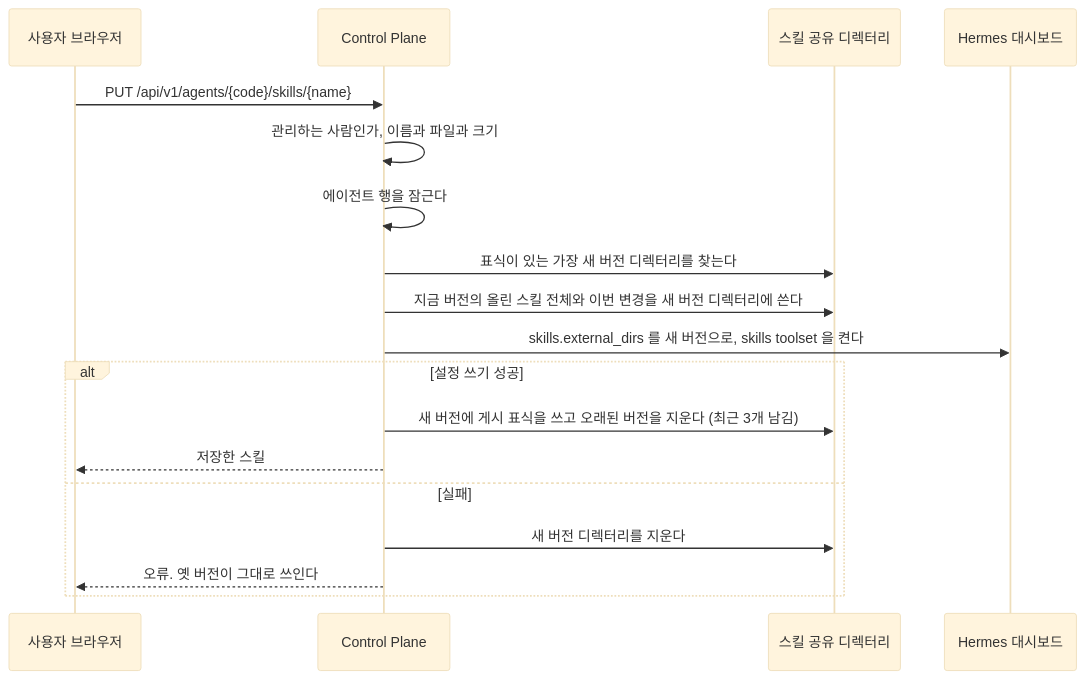
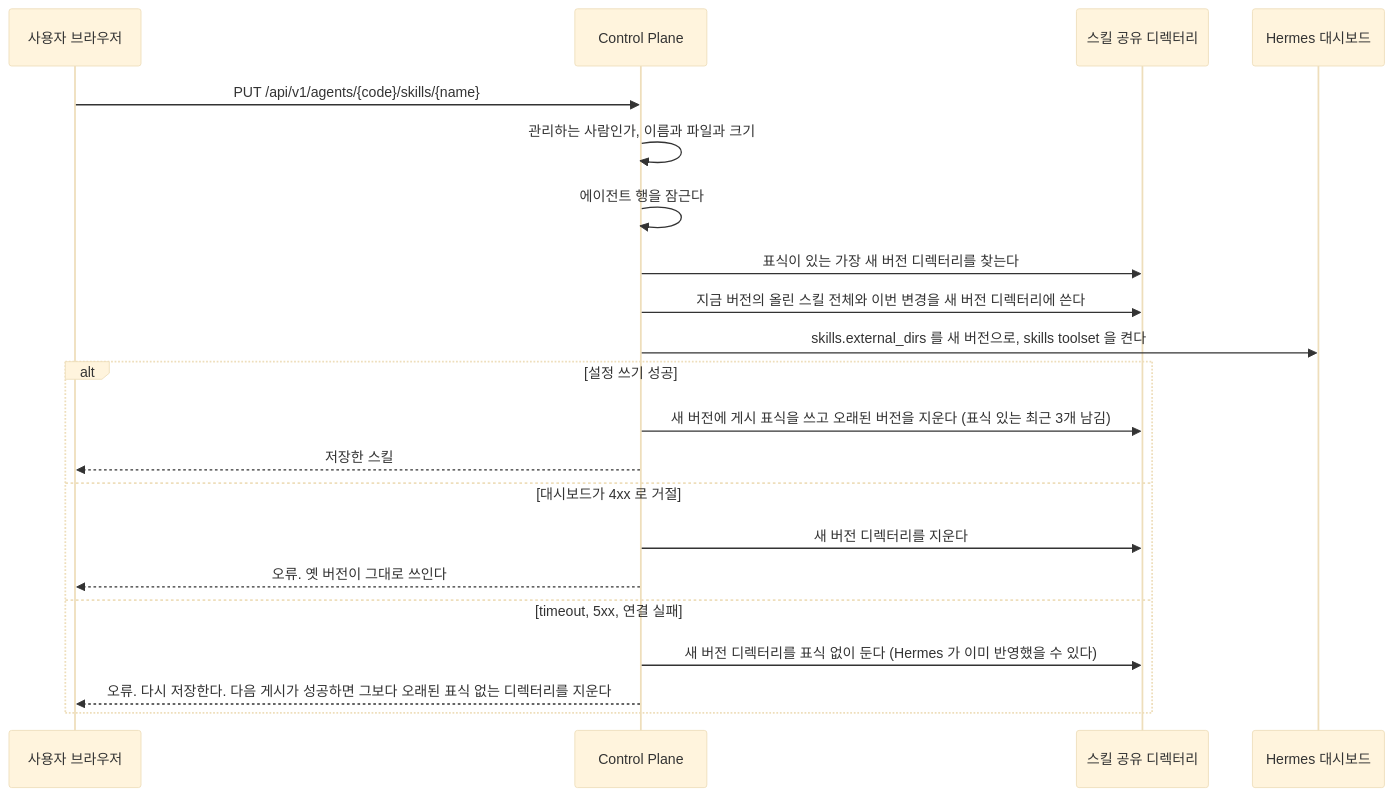
One commit to jon890/fos-assistant changed the ninth of 26 diagrams in docs/flow.md. Above: the diagram before and after it, drawn with Mermaid (base theme). The commit also changed 41 other files, not shown here.

````diff
--- a/docs/flow.md
+++ b/docs/flow.md
@@ -400,21 +400,24 @@
 ```mermaid
 sequenceDiagram
     participant U as 사용자 브라우저
     participant C as Control Plane
     participant F as 스킬 공유 디렉터리
     participant D as Hermes 대시보드
 
     U->>C: PUT /api/v1/agents/{code}/skills/{name}
     C->>C: 관리하는 사람인가, 이름과 파일과 크기
     C->>C: 에이전트 행을 잠근다
     C->>F: 표식이 있는 가장 새 버전 디렉터리를 찾는다
     C->>F: 지금 버전의 올린 스킬 전체와 이번 변경을 새 버전 디렉터리에 쓴다
     C->>D: skills.external_dirs 를 새 버전으로, skills toolset 을 켠다
     alt 설정 쓰기 성공
-        C->>F: 새 버전에 게시 표식을 쓰고 오래된 버전을 지운다 (최근 3개 남김)
+        C->>F: 새 버전에 게시 표식을 쓰고 오래된 버전을 지운다 (표식 있는 최근 3개 남김)
         C-->>U: 저장한 스킬
-    else 실패
+    else 대시보드가 4xx 로 거절
         C->>F: 새 버전 디렉터리를 지운다
         C-->>U: 오류. 옛 버전이 그대로 쓰인다
+    else timeout, 5xx, 연결 실패
+        C->>F: 새 버전 디렉터리를 표식 없이 둔다 (Hermes 가 이미 반영했을 수 있다)
+        C-->>U: 오류. 다시 저장한다. 다음 게시가 성공하면 그보다 오래된 표식 없는 디렉터리를 지운다
     end
 ```
````
